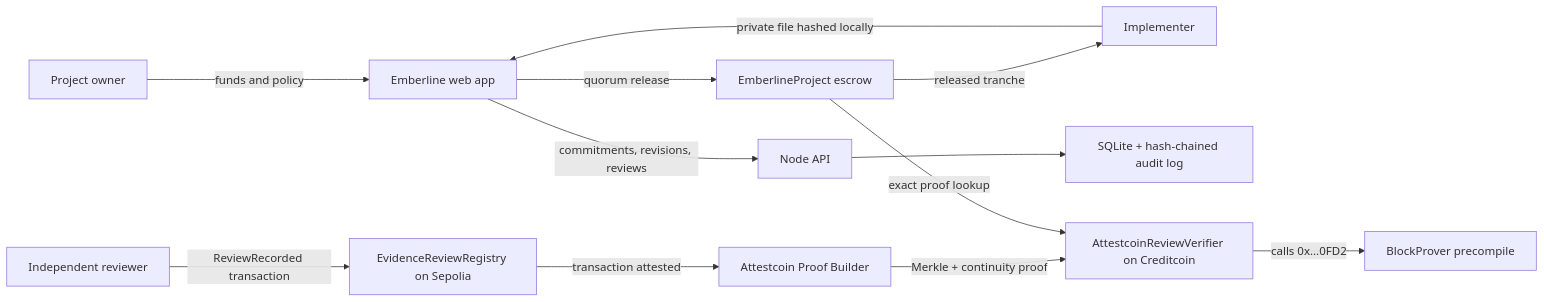
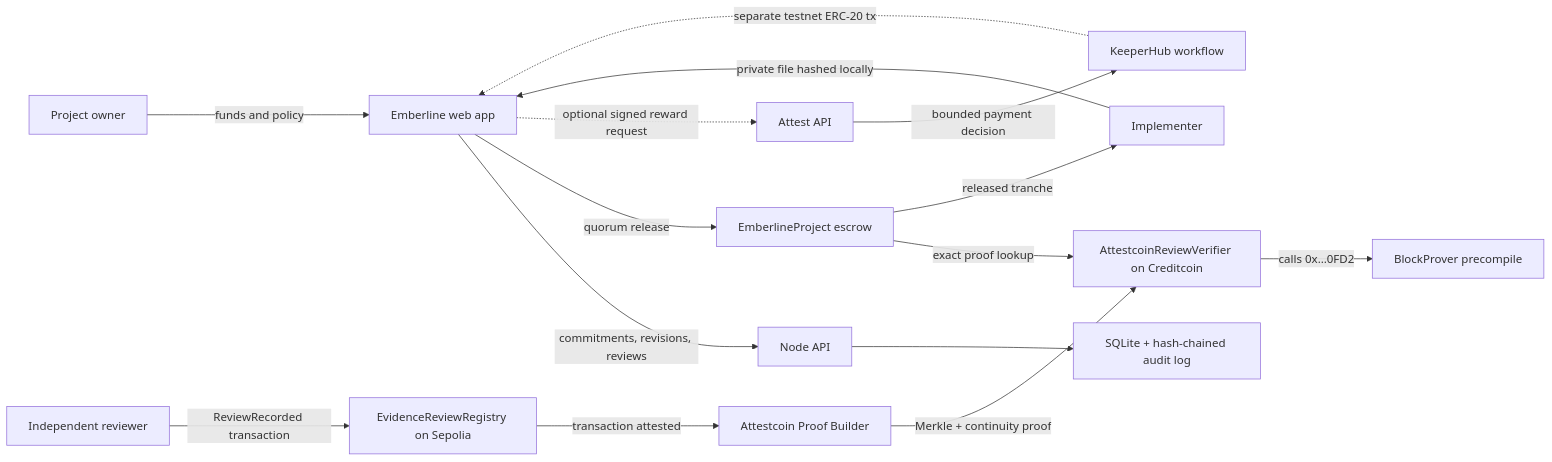
The first of 2 diagrams in ARCHITECTURE.md (Nifemi0/Emberline), drawn with Mermaid before and after one commit. The commit also changed other lines of this file and 11 other files, not shown here.

Commit message:
Add signed Attest integration gateway

````diff
--- a/ARCHITECTURE.md
+++ b/ARCHITECTURE.md
@@ -7,14 +9,17 @@
 ```mermaid
 flowchart LR
     Owner["Project owner"] -->|"funds and policy"| App["Emberline web app"]
     Implementer["Implementer"] -->|"private file hashed locally"| App
     App -->|"commitments, revisions, reviews"| API["Node API"]
     API --> DB["SQLite + hash-chained audit log"]
     Reviewer["Independent reviewer"] -->|"ReviewRecorded transaction"| Registry["EvidenceReviewRegistry on Sepolia"]
     Registry -->|"transaction attested"| Attestcoin["Attestcoin Proof Builder"]
     Attestcoin -->|"Merkle + continuity proof"| Verifier["AttestcoinReviewVerifier on Creditcoin"]
     Verifier -->|"calls 0x…0FD2"| BlockProver["BlockProver precompile"]
     App -->|"quorum release"| Escrow["EmberlineProject escrow"]
     Escrow -->|"exact proof lookup"| Verifier
     Escrow -->|"released tranche"| Implementer
+    App -.->|"optional signed reward request"| AttestAPI["Attest API"]
+    AttestAPI -->|"bounded payment decision"| KeeperHub["KeeperHub workflow"]
+    KeeperHub -.->|"separate testnet ERC-20 tx"| App
 ```
````
